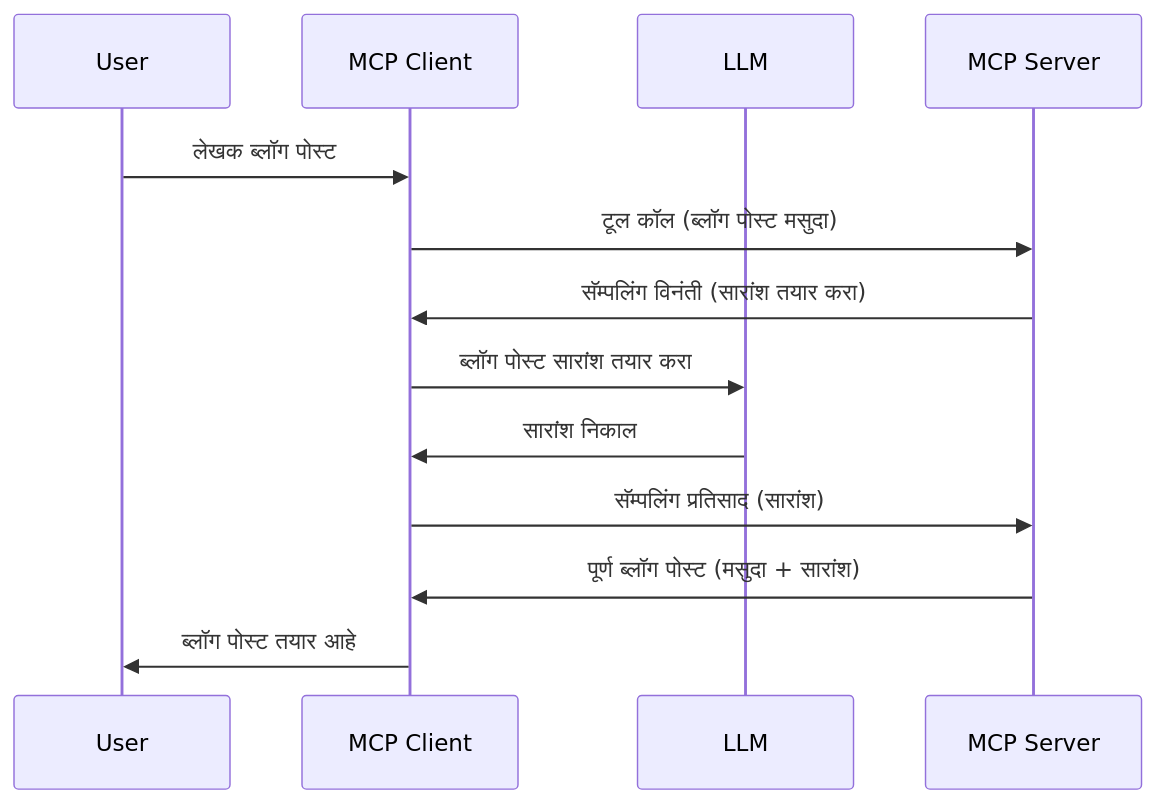
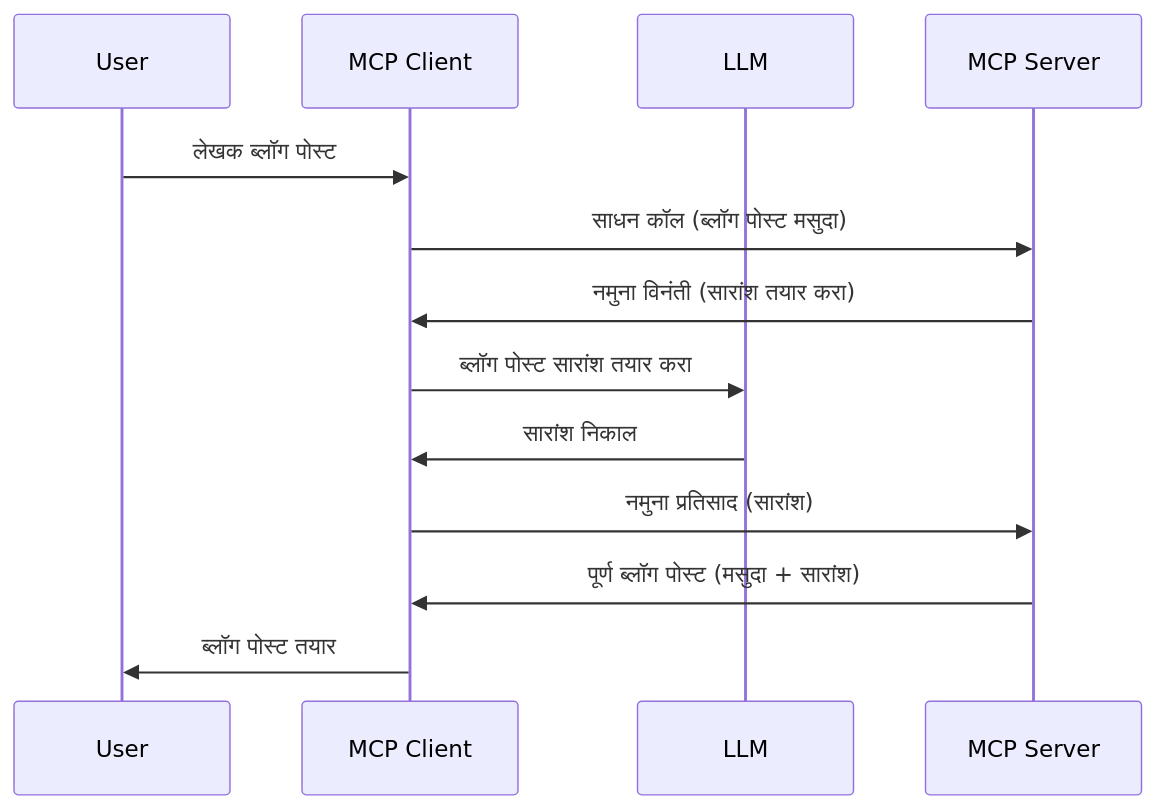
One commit to HIDORAKAI002/ai-workspace-archive changed the diagram in mcp_ecosystem__model_context_protocol/mcp_learning_resources/mcp-for-beginners/translations/mr/03-GettingStarted/14-sampling/README.md. Above: the diagram before and after it, drawn with Mermaid. The commit also changed other lines of this file and 1046 other files, not shown here.

````diff
--- a/mcp_ecosystem__model_context_protocol/mcp_learning_resources/mcp-for-beginners/translations/mr/03-GettingStarted/14-sampling/README.md
+++ b/mcp_ecosystem__model_context_protocol/mcp_learning_resources/mcp-for-beginners/translations/mr/03-GettingStarted/14-sampling/README.md
@@ -23,16 +25,16 @@
 ```mermaid
 sequenceDiagram
     participant User
     participant MCP Client
     participant LLM
     participant MCP Server
 
     User->>MCP Client: लेखक ब्लॉग पोस्ट
-    MCP Client->>MCP Server: टूल कॉल (ब्लॉग पोस्ट मसुदा)
-    MCP Server->>MCP Client: सॅम्पलिंग विनंती (सारांश तयार करा)
+    MCP Client->>MCP Server: साधन कॉल (ब्लॉग पोस्ट मसुदा)
+    MCP Server->>MCP Client: नमुना विनंती (सारांश तयार करा)
     MCP Client->>LLM: ब्लॉग पोस्ट सारांश तयार करा
     LLM->>MCP Client: सारांश निकाल
-    MCP Client->>MCP Server: सॅम्पलिंग प्रतिसाद (सारांश)
+    MCP Client->>MCP Server: नमुना प्रतिसाद (सारांश)
     MCP Server->>MCP Client: पूर्ण ब्लॉग पोस्ट (मसुदा + सारांश)
-    MCP Client->>User: ब्लॉग पोस्ट तयार आहे
+    MCP Client->>User: ब्लॉग पोस्ट तयार
 ```
````
